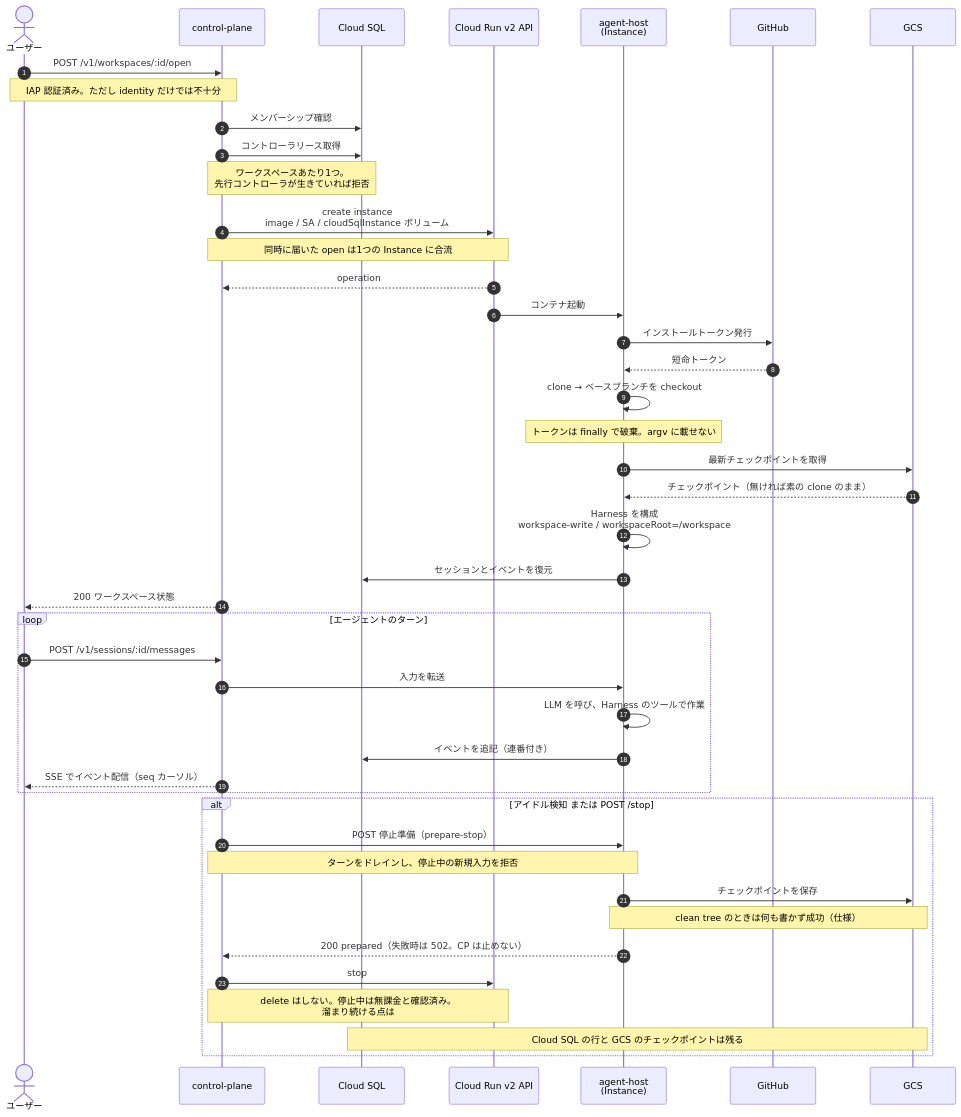
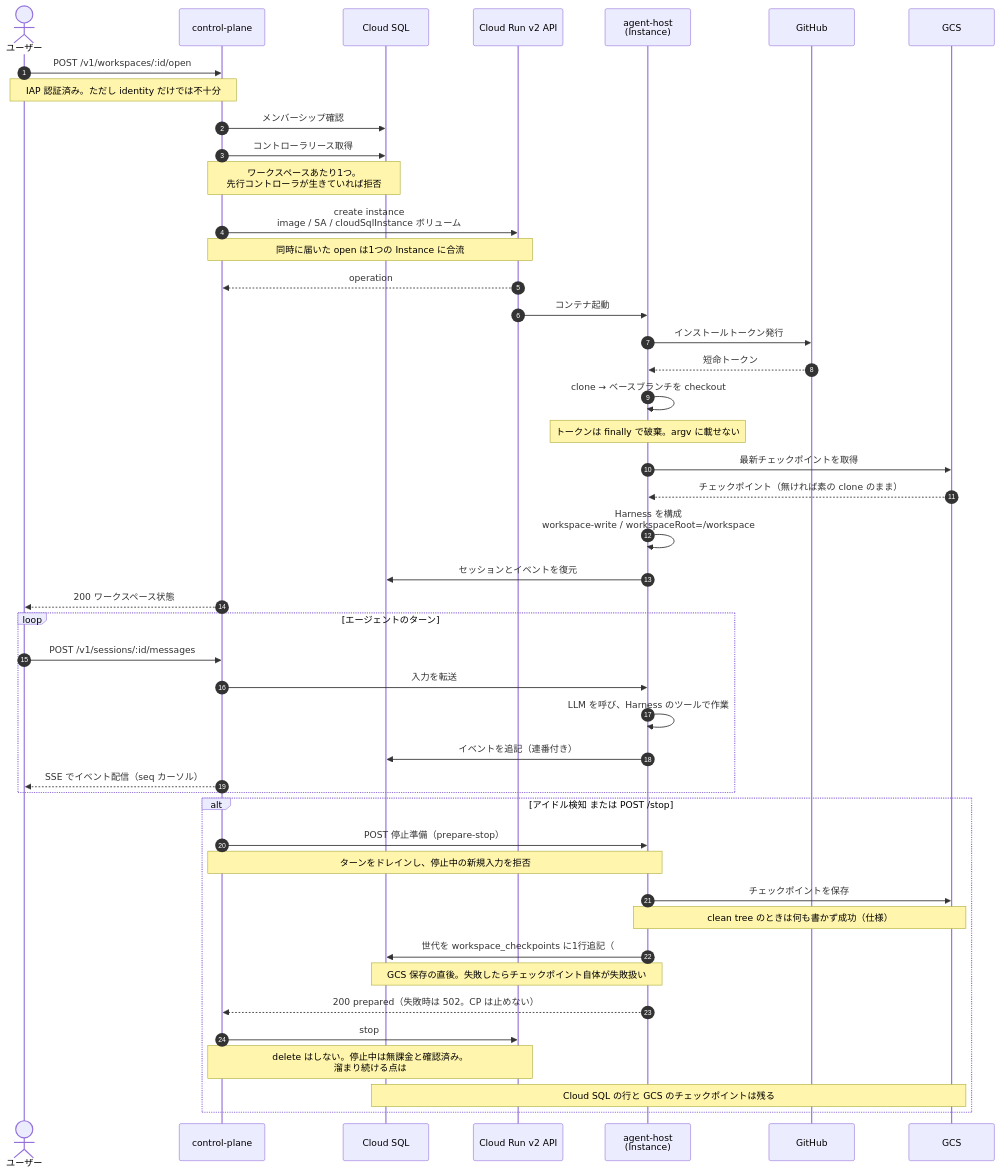
The second of 2 diagrams in docs/architecture.md (mpppk/cloud-run-dsh), drawn with Mermaid before and after one commit. The commit also changed other lines of this file and 9 other files, not shown here.

Commit message:
fix(checkpoint): record every GCS checkpoint write in workspace_checkpoints (#95)

````diff
--- a/docs/architecture.md
+++ b/docs/architecture.md
@@ -102,51 +102,53 @@
 ```mermaid
 sequenceDiagram
   autonumber
   actor U as ユーザー
   participant CP as control-plane
   participant DB as Cloud SQL
   participant RUN as Cloud Run v2 API
   participant AH as agent-host<br/>(Instance)
   participant GH as GitHub
   participant GCS as GCS
 
   U->>CP: POST /v1/workspaces/:id/open
   Note over U,CP: IAP 認証済み。ただし identity だけでは不十分
   CP->>DB: メンバーシップ確認
   CP->>DB: コントローラリース取得
   Note over CP,DB: ワークスペースあたり1つ。<br/>先行コントローラが生きていれば拒否
 
   CP->>RUN: create instance<br/>image / SA / cloudSqlInstance ボリューム
   Note over CP,RUN: 同時に届いた open は1つの Instance に合流
   RUN-->>CP: operation
   RUN->>AH: コンテナ起動
 
   AH->>GH: インストールトークン発行
   GH-->>AH: 短命トークン
   AH->>AH: clone → ベースブランチを checkout
   Note over AH: トークンは finally で破棄。argv に載せない
   AH->>GCS: 最新チェックポイントを取得
   GCS-->>AH: チェックポイント（無ければ素の clone のまま）
   AH->>AH: Harness を構成<br/>workspace-write / workspaceRoot=/workspace
   AH->>DB: セッションとイベントを復元
   CP-->>U: 200 ワークスペース状態
 
   loop エージェントのターン
     U->>CP: POST /v1/sessions/:id/messages
     CP->>AH: 入力を転送
     AH->>AH: LLM を呼び、Harness のツールで作業
     AH->>DB: イベントを追記（連番付き）
     CP-->>U: SSE でイベント配信（seq カーソル）
   end
 
   alt アイドル検知 または POST /stop
     CP->>AH: POST 停止準備（prepare-stop）
     Note over CP,AH: ターンをドレインし、停止中の新規入力を拒否
     AH->>GCS: チェックポイントを保存
     Note over AH,GCS: clean tree のときは何も書かず成功（仕様）
+    AH->>DB: 世代を workspace_checkpoints に1行追記（#95）
+    Note over AH,DB: GCS 保存の直後。失敗したらチェックポイント自体が失敗扱い
     AH-->>CP: 200 prepared（失敗時は 502。CP は止めない）
     CP->>RUN: stop
     Note over CP,RUN: delete はしない。停止中は無課金と確認済み。<br/>溜まり続ける点は #85
     Note over DB,GCS: Cloud SQL の行と GCS のチェックポイントは残る
   end
 ```
````
